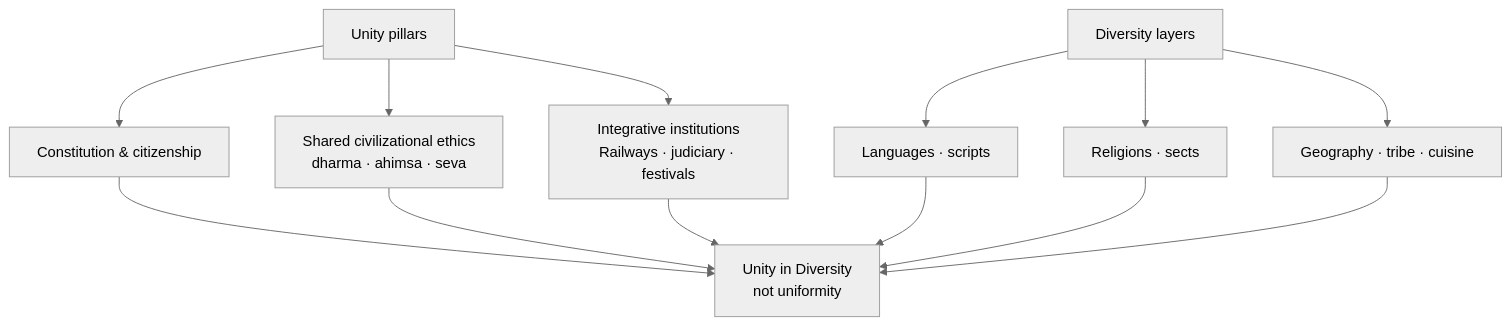
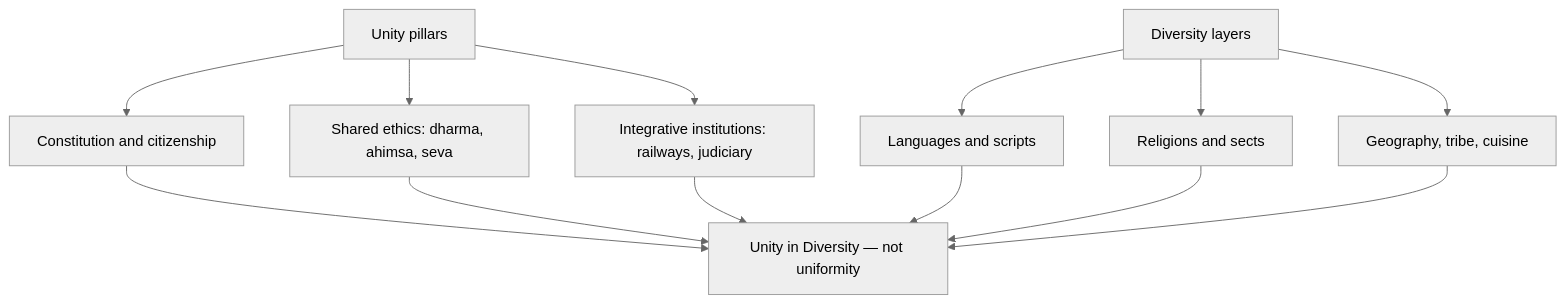
One commit to nitishpratap/UP-PCS changed the diagram in mains-pyqs/GS-1/06_Society_Features/01_Indian_Society_Features.md. Above: the diagram before and after it, drawn with Mermaid (neutral theme). The commit also changed other lines of this file and 97 other files, not shown here.

````diff
--- a/mains-pyqs/GS-1/06_Society_Features/01_Indian_Society_Features.md
+++ b/mains-pyqs/GS-1/06_Society_Features/01_Indian_Society_Features.md
@@ -146,15 +127,15 @@
 ```mermaid
 flowchart TD
-  U[Unity pillars] --> C[Constitution & citizenship]
-  U --> E[Shared civilizational ethics<br/>dharma · ahimsa · seva]
-  U --> I[Integrative institutions<br/>Railways · judiciary · festivals]
-  D[Diversity layers] --> L[Languages · scripts]
-  D --> R[Religions · sects]
-  D --> G[Geography · tribe · cuisine]
-  C --> UD[Unity in Diversity<br/>not uniformity]
+  U[Unity pillars] --> C[Constitution and citizenship]
+  U --> E[Shared ethics: dharma, ahimsa, seva]
+  U --> I[Integrative institutions: railways, judiciary]
+  D[Diversity layers] --> L[Languages and scripts]
+  D --> R[Religions and sects]
+  D --> G[Geography, tribe, cuisine]
+  C --> UD[Unity in Diversity — not uniformity]
   E --> UD
   I --> UD
   L --> UD
   R --> UD
   G --> UD
 ```
````
